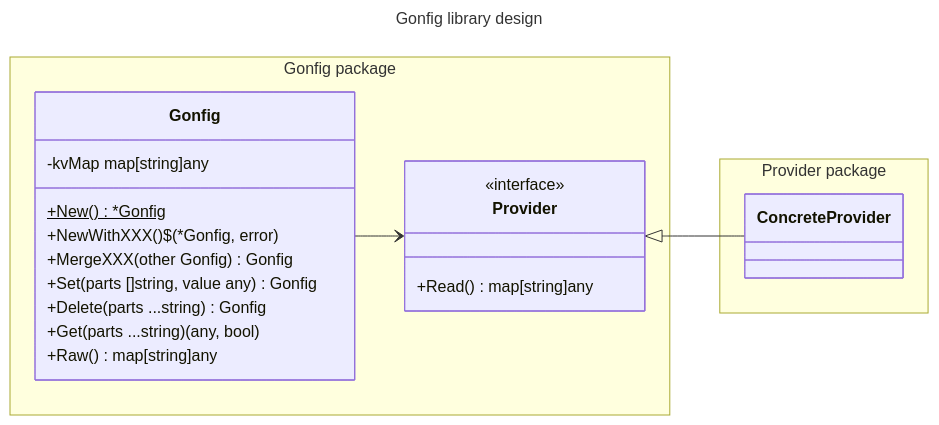
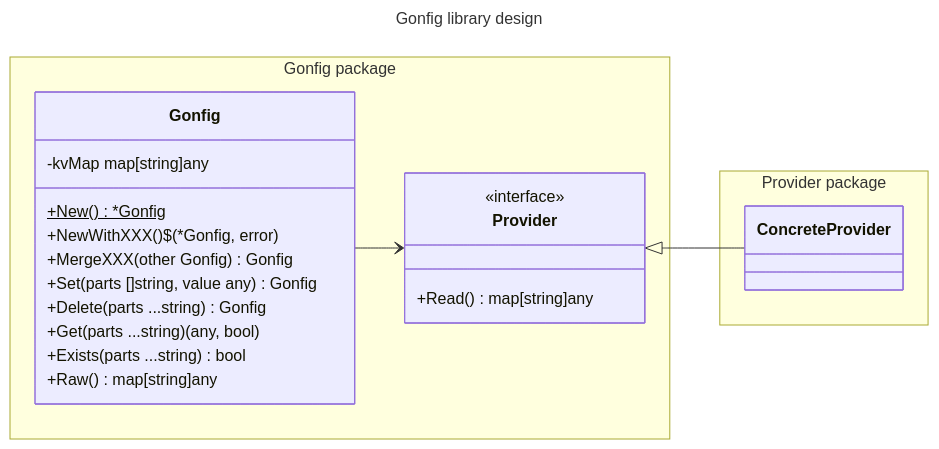
One commit to slava-y2k/gofig changed the diagram in docs/design.md. Above: the diagram before and after it, drawn with Mermaid. The commit also changed other lines of this file and 8 other files, not shown here.

````diff
--- a/docs/design.md
+++ b/docs/design.md
@@ -15,34 +15,35 @@
 ```mermaid
 ---
 title: Gonfig library design
 ---
 classDiagram
     direction LR
 
     namespace gonfig_pkg ["Gonfig package"] {
         class Gonfig["Gonfig"] {
             -kvMap map[string]any
             +New()$ *Gonfig
             +NewWithXXX()$ (*Gonfig, error)
             +MergeXXX(other Gonfig) Gonfig
             +Set(parts []string, value any) Gonfig
             +Delete(parts ...string) Gonfig
             +Get(parts ...string) (any, bool)
+            +Exists(parts ...string) bool
             +Raw() map[string]any
         }
 
         class IProvider["Provider"] {
             <<interface>>
             +Read() map[string]any
         }
     }
 
     namespace Provider ["Provider package"] {
         class ConcreteProvider
     }
 
     Gonfig --> IProvider
     IProvider <|-- ConcreteProvider
 
 
 ```
````
